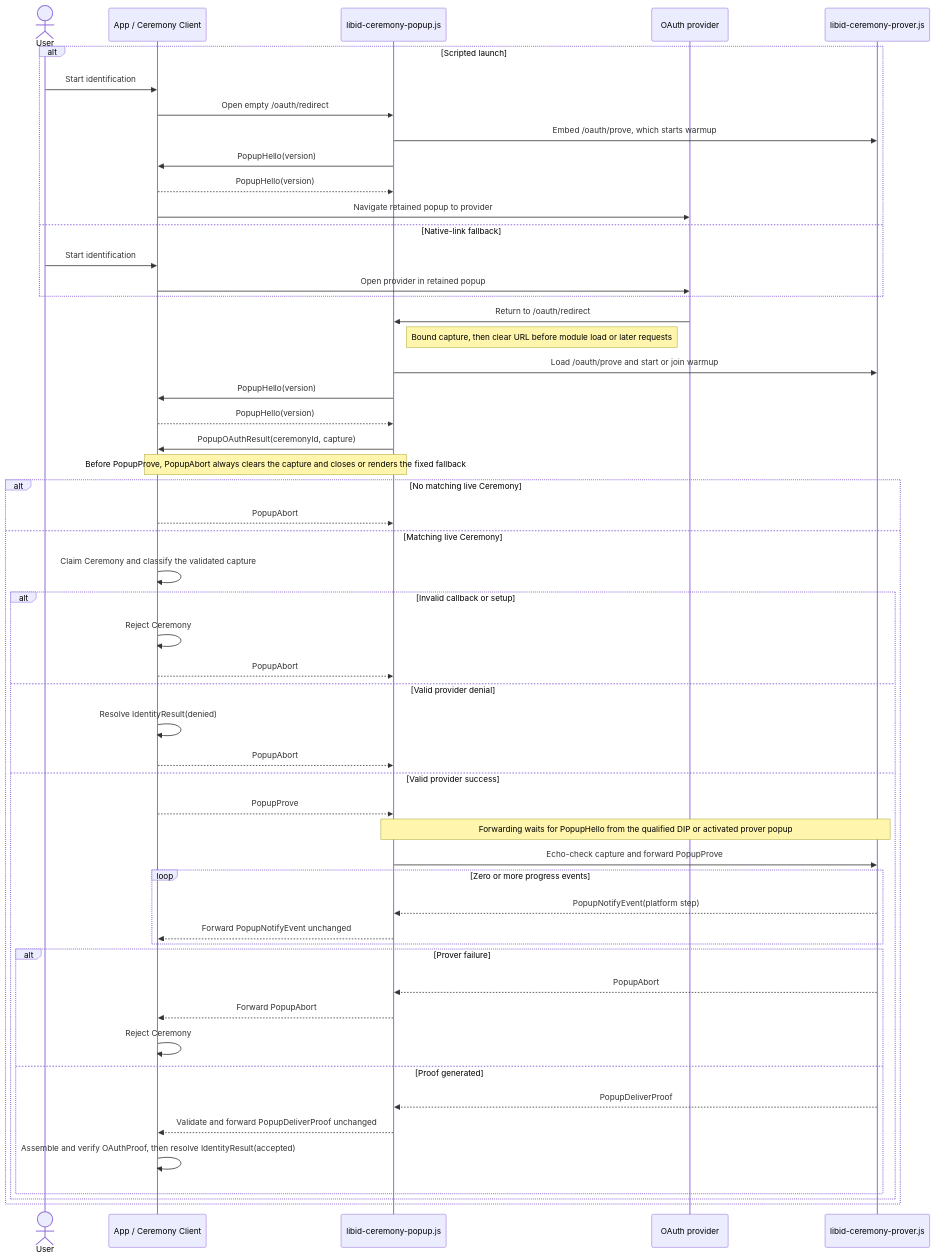
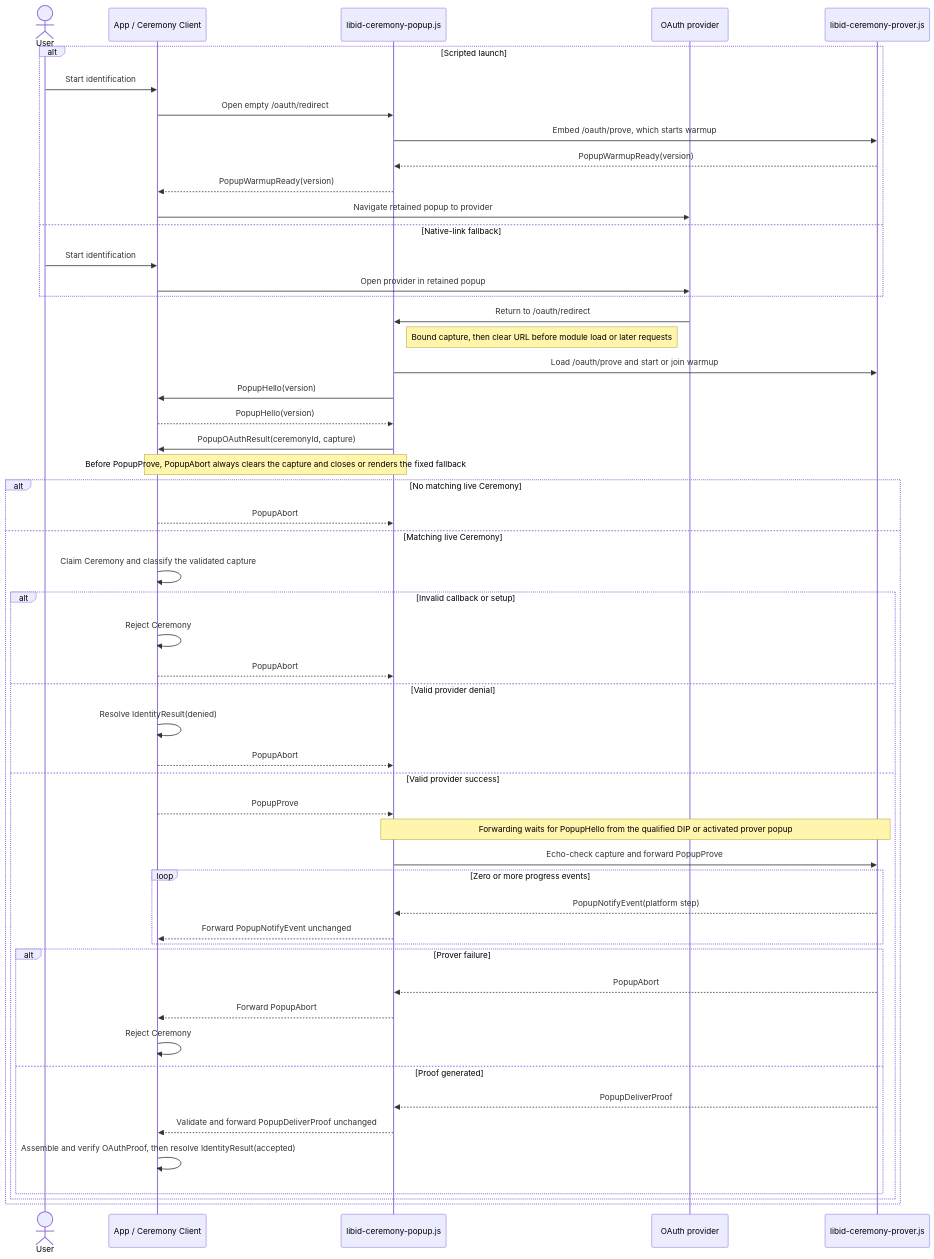
Before and after one commit to libid-org/libid: the diagram in ts/packages/ceremony/ARCHITECTURE.md, drawn with Mermaid. The commit also changed other lines of this file and 1 other file, not shown here.

Commit message:
docs(ceremony): separate warmup readiness from hello

````diff
--- a/ts/packages/ceremony/ARCHITECTURE.md
+++ b/ts/packages/ceremony/ARCHITECTURE.md
@@ -591,57 +606,57 @@
 ```mermaid
 sequenceDiagram
     actor U as User
     participant A as App / Ceremony Client
     participant C as libid-ceremony-popup.js
     participant O as OAuth provider
     participant P as libid-ceremony-prover.js
 
     alt Scripted launch
         U->>A: Start identification
         A->>C: Open empty /oauth/redirect
         C->>P: Embed /oauth/prove, which starts warmup
-        C->>A: PopupHello(version)
-        A-->>C: PopupHello(version)
+        P-->>C: PopupWarmupReady(version)
+        C-->>A: PopupWarmupReady(version)
         A->>O: Navigate retained popup to provider
     else Native-link fallback
         U->>A: Start identification
         A->>O: Open provider in retained popup
     end
     O->>C: Return to /oauth/redirect
     Note right of C: Bound capture, then clear URL before module load or later requests
     C->>P: Load /oauth/prove and start or join warmup
     C->>A: PopupHello(version)
     A-->>C: PopupHello(version)
     C->>A: PopupOAuthResult(ceremonyId, capture)
     Note over A,C: Before PopupProve, PopupAbort always clears the capture and closes or renders the fixed fallback
     alt No matching live Ceremony
         A-->>C: PopupAbort
     else Matching live Ceremony
         A->>A: Claim Ceremony and classify the validated capture
 
         alt Invalid callback or setup
             A->>A: Reject Ceremony
             A-->>C: PopupAbort
         else Valid provider denial
             A->>A: Resolve IdentityResult(denied)
             A-->>C: PopupAbort
         else Valid provider success
             A-->>C: PopupProve
             Note over C,P: Forwarding waits for PopupHello from the qualified DIP or activated prover popup
             C->>P: Echo-check capture and forward PopupProve
             loop Zero or more progress events
                 P-->>C: PopupNotifyEvent(platform step)
                 C-->>A: Forward PopupNotifyEvent unchanged
             end
             alt Prover failure
                 P-->>C: PopupAbort
                 C-->>A: Forward PopupAbort
                 A->>A: Reject Ceremony
             else Proof generated
                 P-->>C: PopupDeliverProof
                 C-->>A: Validate and forward PopupDeliverProof unchanged
                 A->>A: Assemble and verify OAuthProof, then resolve IdentityResult(accepted)
             end
         end
     end
 ```
````
